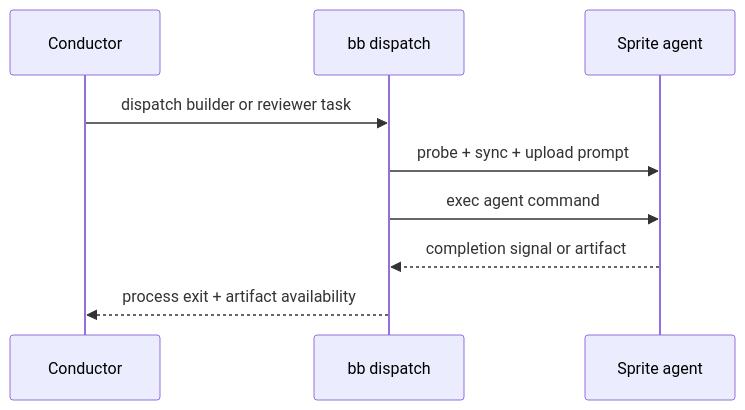
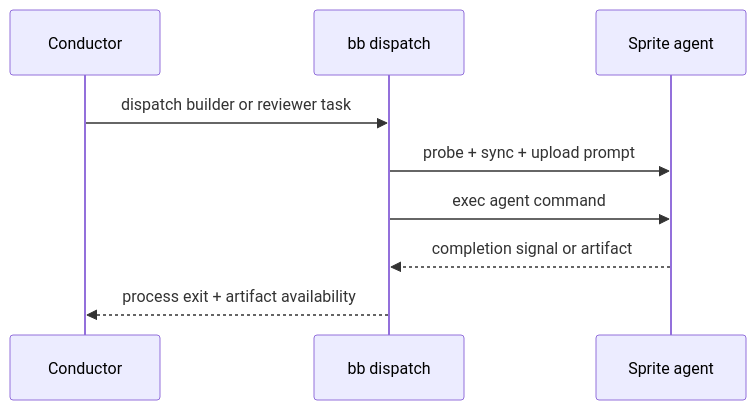
The fifth of 5 diagrams in docs/architecture/bb-cli.md (misty-step/bitterblossom), drawn with Mermaid before and after one commit. The commit also changed 9 other files, not shown here.

````diff
--- a/docs/architecture/bb-cli.md
+++ b/docs/architecture/bb-cli.md
@@ -69,13 +69,12 @@
 ```mermaid
 sequenceDiagram
     participant C as Conductor
     participant BB as bb dispatch
-    participant S as Sprite
     participant S as Sprite agent
 
     C->>BB: dispatch builder or reviewer task
     BB->>S: probe + sync + upload prompt
     BB->>S: exec agent command
     S-->>BB: completion signal or artifact
     BB-->>C: process exit + artifact availability
 ```
````
